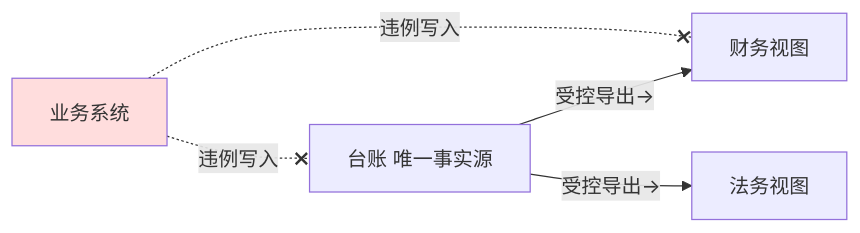
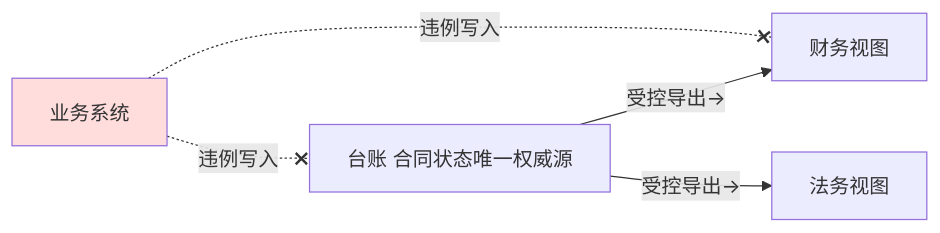
Before and after one commit to Yongjunzhou/business-Engineering: the sixth of 6 diagrams in 10-系统工程研究/00-系统工程相关研究报告/36-架构描述与架构视图价值研究报告-从清单与描述的分野到视角自建与四案例.md, drawn with Mermaid. The commit also changed other lines of this file and 31 other files, not shown here.

````diff
--- a/10-系统工程研究/00-系统工程相关研究报告/36-架构描述与架构视图价值研究报告-从清单与描述的分野到视角自建与四案例.md
+++ b/10-系统工程研究/00-系统工程相关研究报告/36-架构描述与架构视图价值研究报告-从清单与描述的分野到视角自建与四案例.md
@@ -362,9 +441,9 @@
 ```mermaid
 flowchart LR
-    S[台账 唯一事实源] -->|受控导出→| A[财务视图]
+    S[台账 合同状态唯一权威源] -->|受控导出→| A[财务视图]
     S -->|受控导出→| B[法务视图]
     C[业务系统] -.违例写入.-x S
     C -.违例写入.-x A
     classDef bad fill:#fdd;
     class C bad;
 ```
````
